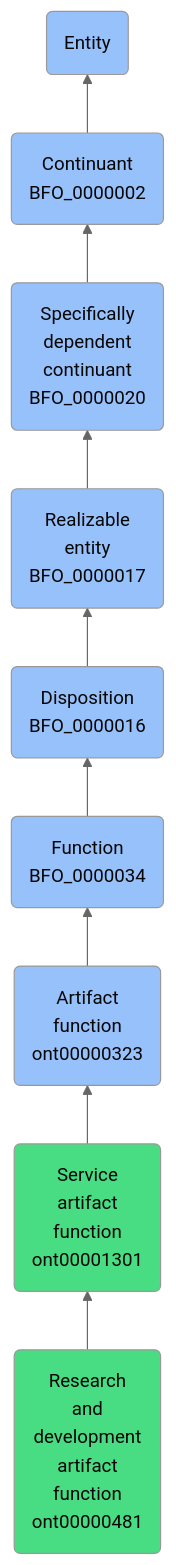
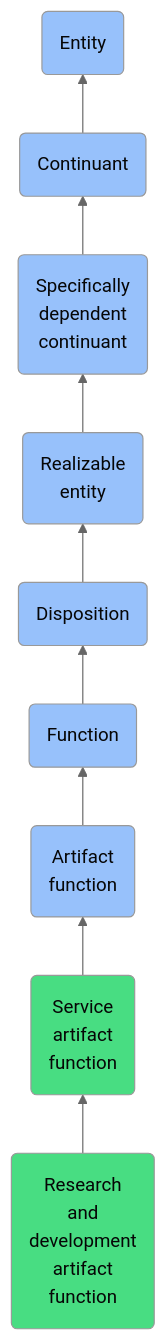
The diagram in docs/ontology/reference/model/Entity/Continuant/Specifically dependent continuant/Realizable entity/Disposition/Function/Artifact function/Service artifact function/Research and development artifact function/Research and development artifact function.md (jupyter-naas/abi), drawn with Mermaid (neutral theme) before and after one commit. The commit also changed other lines of this file and 1430 other files, not shown here.

````diff
--- a/docs/ontology/reference/model/Entity/Continuant/Specifically dependent continuant/Realizable entity/Disposition/Function/Artifact function/Service artifact function/Research and development artifact function/Research and development artifact function.md
+++ b/docs/ontology/reference/model/Entity/Continuant/Specifically dependent continuant/Realizable entity/Disposition/Function/Artifact function/Service artifact function/Research and development artifact function/Research and development artifact function.md
@@ -24,16 +24,16 @@
 ```mermaid
 graph BT
-    ont00000481(Research<br>and<br>development<br>artifact<br>function<br>ont00000481):::ABI-->ont00001301
-    ont00001301(Service<br>artifact<br>function<br>ont00001301):::ABI-->ont00000323
-    ont00000323(Artifact<br>function<br>ont00000323):::BFO-->BFO_0000034
-    BFO_0000034(Function<br>BFO_0000034):::BFO-->BFO_0000016
-    BFO_0000016(Disposition<br>BFO_0000016):::BFO-->BFO_0000017
-    BFO_0000017(Realizable<br>entity<br>BFO_0000017):::BFO-->BFO_0000020
-    BFO_0000020(Specifically<br>dependent<br>continuant<br>BFO_0000020):::BFO-->BFO_0000002
-    BFO_0000002(Continuant<br>BFO_0000002):::BFO-->BFO_0000001
+    ont00000481(Research<br>and<br>development<br>artifact<br>function):::ABI-->ont00001301
+    ont00001301(Service<br>artifact<br>function):::ABI-->ont00000323
+    ont00000323(Artifact<br>function):::BFO-->BFO_0000034
+    BFO_0000034(Function):::BFO-->BFO_0000016
+    BFO_0000016(Disposition):::BFO-->BFO_0000017
+    BFO_0000017(Realizable<br>entity):::BFO-->BFO_0000020
+    BFO_0000020(Specifically<br>dependent<br>continuant):::BFO-->BFO_0000002
+    BFO_0000002(Continuant):::BFO-->BFO_0000001
     BFO_0000001(Entity):::BFO
     
     classDef BFO fill:#97c1fb,color:#060606
     classDef CCO fill:#e4c51e,color:#060606
     classDef ABI fill:#48DD82,color:#060606
 ```
````
